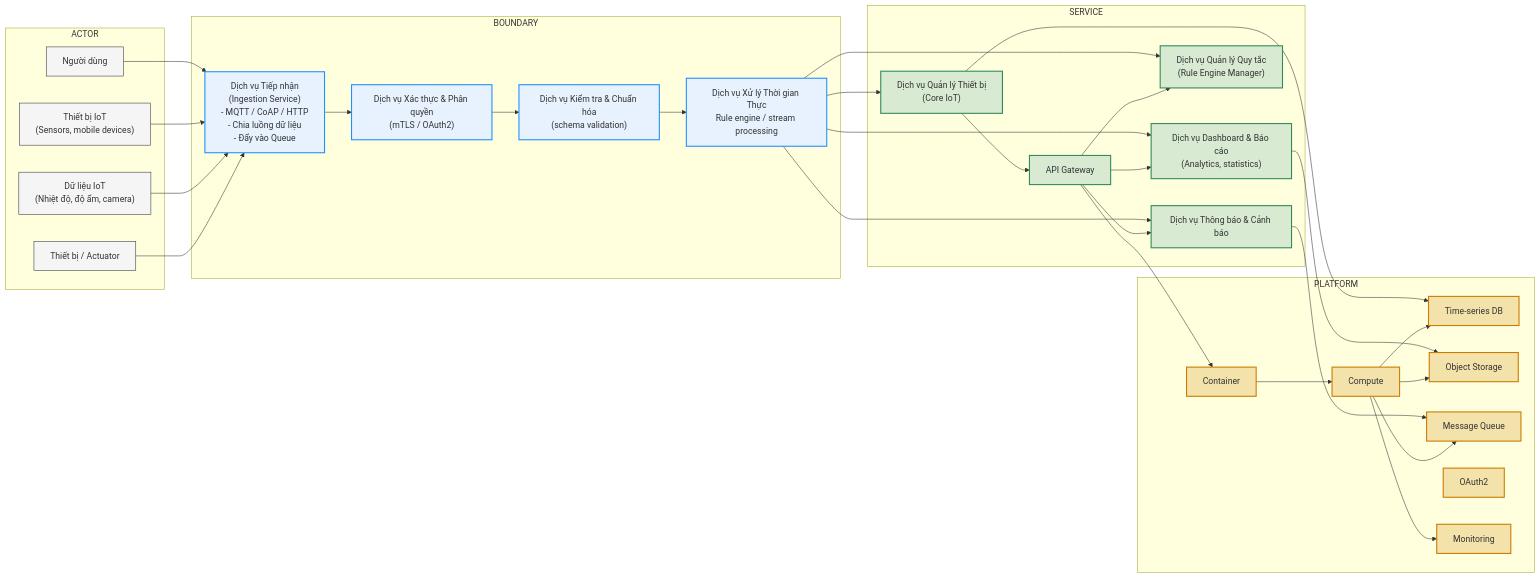
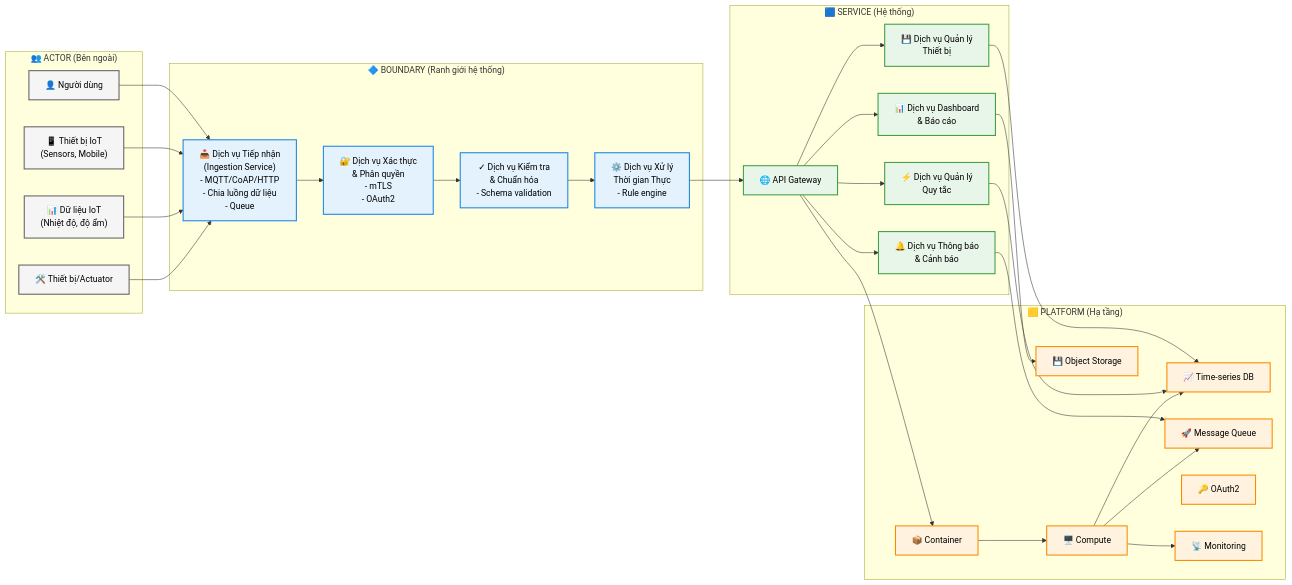
The diagram in evidence/buoi-01/service-boundary.md (Connectivity-services-ad-PT/lab1-phuongthanh05), drawn with Mermaid before and after one commit. The commit also changed other lines of this file, not shown here.

Commit message:
Add session 01 environment evidence

````diff
--- a/evidence/buoi-01/service-boundary.md
+++ b/evidence/buoi-01/service-boundary.md
@@ -115,69 +161,70 @@
 ```mermaid
 graph LR
-    classDef actorFill fill:#F5F5F5,stroke:#333,stroke-width:1px;
-    classDef boundaryFill fill:#E8F2FF,stroke:#1E90FF,stroke-width:2px;
-    classDef serviceFill fill:#D9EAD3,stroke:#2E8B57,stroke-width:2px;
-    classDef platformFill fill:#F3E2A9,stroke:#CC7A00,stroke-width:2px;
+    classDef actor fill:#F5F5F5,stroke:#666,stroke-width:2px,color:#000;
+    classDef boundary fill:#E3F2FD,stroke:#1E88E5,stroke-width:2px,color:#000;
+    classDef service fill:#E8F5E9,stroke:#43A047,stroke-width:2px,color:#000;
+    classDef platform fill:#FFF3E0,stroke:#FB8C00,stroke-width:2px,color:#000;
 
-    subgraph ACTOR[ACTOR]
-        U["Người dùng"]
-        D["Thiết bị IoT\n(Sensors, mobile devices)"]
-        T["Dữ liệu IoT\n(Nhiệt độ, độ ẩm, camera)"]
-        A["Thiết bị / Actuator"]
+    subgraph ACTOR["👥 ACTOR (Bên ngoài)"]
+        A1["👤 Người dùng"]
+        A2["📱 Thiết bị IoT<br/>(Sensors, Mobile)"]
+        A3["📊 Dữ liệu IoT<br/>(Nhiệt độ, độ ẩm)"]
+        A4["🛠️ Thiết bị/Actuator"]
     end
 
-    subgraph BOUNDARY[BOUNDARY]
-        Ingest["Dịch vụ Tiếp nhận\n(Ingestion Service)\n- MQTT / CoAP / HTTP\n- Chia luồng dữ liệu\n- Đẩy vào Queue"]
-        Auth["Dịch vụ Xác thực & Phân quyền\n(mTLS / OAuth2)"]
-        Validate["Dịch vụ Kiểm tra & Chuẩn hóa\n(schema validation)"]
-        Process["Dịch vụ Xử lý Thời gian Thực\nRule engine / stream processing"]
+    subgraph BOUNDARY["🔷 BOUNDARY (Ranh giới hệ thống)"]
+        B1["📥 Dịch vụ Tiếp nhận<br/>(Ingestion Service)<br/>- MQTT/CoAP/HTTP<br/>- Chia luồng dữ liệu<br/>- Queue"]
+        B2["🔐 Dịch vụ Xác thực<br/>& Phân quyền<br/>- mTLS<br/>- OAuth2"]
+        B3["✓ Dịch vụ Kiểm tra<br/>& Chuẩn hóa<br/>- Schema validation"]
+        B4["⚙️ Dịch vụ Xử lý<br/>Thời gian Thực<br/>- Rule engine"]
     end
 
-    subgraph SERVICE[SERVICE]
-        APIGW["API Gateway"]
-        DeviceMgmt["Dịch vụ Quản lý Thiết bị\n(Core IoT)"]
-        Notify["Dịch vụ Thông báo & Cảnh báo"]
-        RuleEngine["Dịch vụ Quản lý Quy tắc\n(Rule Engine Manager)"]
-        Dashboard["Dịch vụ Dashboard & Báo cáo\n(Analytics, statistics)"]
+    subgraph SERVICE["🟦 SERVICE (Hệ thống)"]
+        S1["🌐 API Gateway"]
+        S2["💾 Dịch vụ Quản lý<br/>Thiết bị"]
+        S3["🔔 Dịch vụ Thông báo<br/>& Cảnh báo"]
+        S4["⚡ Dịch vụ Quản lý<br/>Quy tắc"]
+        S5["📊 Dịch vụ Dashboard<br/>& Báo cáo"]
     end
 
-    subgraph PLATFORM[PLATFORM]
-        Container["Container"]
-        Compute["Compute"]
-        TSDB["Time-series DB"]
-        Storage["Object Storage"]
-        MQ["Message Queue"]
-        OAuth2["OAuth2"]
-        Monitor["Monitoring"]
+    subgraph PLATFORM["🟨 PLATFORM (Hạ tầng)"]
+        P1["📦 Container"]
+        P2["🖥️ Compute"]
+        P3["📈 Time-series DB"]
+        P4["💾 Object Storage"]
+        P5["🚀 Message Queue"]
+        P6["🔑 OAuth2"]
+        P7["📡 Monitoring"]
     end
 
-    U --> Ingest
-    D --> Ingest
-    T --> Ingest
-    A --> Ingest
-    Ingest --> Auth
-    Auth --> Validate
-    Validate --> Process
-    Process --> DeviceMgmt
-    Process --> RuleEngine
-    Process --> Notify
-    Process --> Dashboard
-    DeviceMgmt --> APIGW
-    APIGW --> Dashboard
-    APIGW --> Notify
-    APIGW --> RuleEngine
-    DeviceMgmt --> TSDB
-    Notify --> MQ
-    Dashboard --> Storage
-    APIGW --> Container
-    Container --> Compute
-    Compute --> TSDB
-    Compute --> Storage
-    Compute --> MQ
-    Compute --> Monitor
+    A1 --> B1
+    A2 --> B1
+    A3 --> B1
+    A4 --> B1
 
-    class U,D,T,A actorFill;
-    class Ingest,Auth,Validate,Process boundaryFill;
-    class APIGW,DeviceMgmt,Notify,RuleEngine,Dashboard serviceFill;
-    class Container,Compute,TSDB,Storage,MQ,OAuth2,Monitor platformFill;
+    B1 --> B2
+    B2 --> B3
+    B3 --> B4
+    B4 --> S1
+
+    S1 --> S2
+    S1 --> S3
+    S1 --> S4
+    S1 --> S5
+
+    S2 --> P3
+    S3 --> P5
+    S4 --> P3
+    S5 --> P4
+
+    S1 --> P1
+    P1 --> P2
+    P2 --> P3
+    P2 --> P5
+    P2 --> P7
+
+    class A1,A2,A3,A4 actor;
+    class B1,B2,B3,B4 boundary;
+    class S1,S2,S3,S4,S5 service;
+    class P1,P2,P3,P4,P5,P6,P7 platform;
 ```
````
